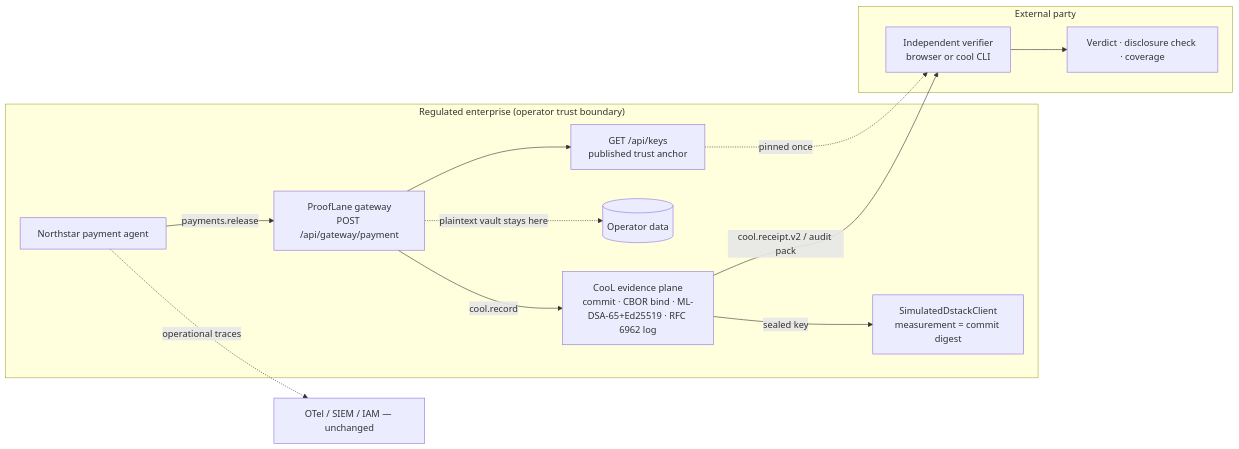
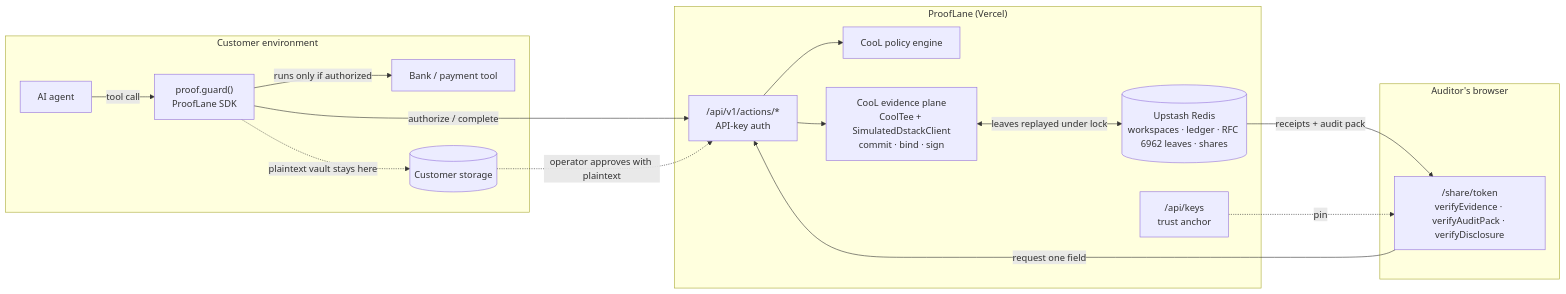
Before and after one commit to charansaiponnada/prooflane-mvp: the diagram in README.md, drawn with Mermaid. The commit also changed other lines of this file and 28 other files, not shown here.

First line of the commit message:
Turn ProofLane into a product: gateway SDK, workspace ledger, evidence rooms

````diff
--- a/README.md
+++ b/README.md
@@ -64,16 +76,22 @@
 ```mermaid
 flowchart LR
-  subgraph Operator["Regulated enterprise (operator trust boundary)"]
-    A[Northstar payment agent] -->|payments.release| G[ProofLane gateway<br/>POST /api/gateway/payment]
-    G -->|cool.record| P[CooL evidence plane<br/>commit · CBOR bind · ML-DSA-65+Ed25519 · RFC 6962 log]
-    P -->|sealed key| S[SimulatedDstackClient<br/>measurement = commit digest]
-    G -.->|plaintext vault stays here| V[(Operator data)]
-    G --> K[GET /api/keys<br/>published trust anchor]
+  subgraph Customer["Customer environment"]
+    AG[AI agent] -->|tool call| SDK["proof.guard()<br/>ProofLane SDK"]
+    SDK -->|runs only if authorized| TOOL[Bank / payment tool]
+    SDK -.->|plaintext vault stays here| VAULT[(Customer storage)]
   end
-  P -->|cool.receipt.v2 / audit pack| X
-  K -.->|pinned once| X
-  subgraph External["External party"]
-    X[Independent verifier<br/>browser or cool CLI] --> R[Verdict · disclosure check · coverage]
+  subgraph ProofLane["ProofLane (Vercel)"]
+    API["/api/v1/actions/*<br/>API-key auth"] --> POL[CooL policy engine]
+    API --> PLANE["CooL evidence plane<br/>CoolTee + SimulatedDstackClient<br/>commit · bind · sign"]
+    PLANE <-->|leaves replayed under lock| KV[(Upstash Redis<br/>workspaces · ledger · RFC 6962 leaves · shares)]
+    KEYS["/api/keys<br/>trust anchor"]
   end
-  A -.->|operational traces| O[OTel / SIEM / IAM — unchanged]
+  SDK -->|authorize / complete| API
+  subgraph Auditor["Auditor's browser"]
+    ROOM["/share/token<br/>verifyEvidence · verifyAuditPack · verifyDisclosure"]
+  end
+  KV -->|receipts + audit pack| ROOM
+  KEYS -.->|pin| ROOM
+  ROOM -->|request one field| API
+  VAULT -.->|operator approves with plaintext| API
 ```
````
